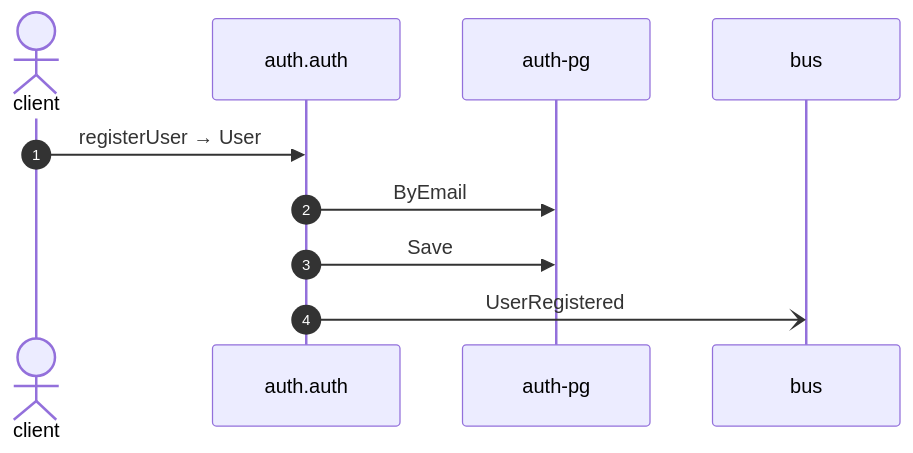
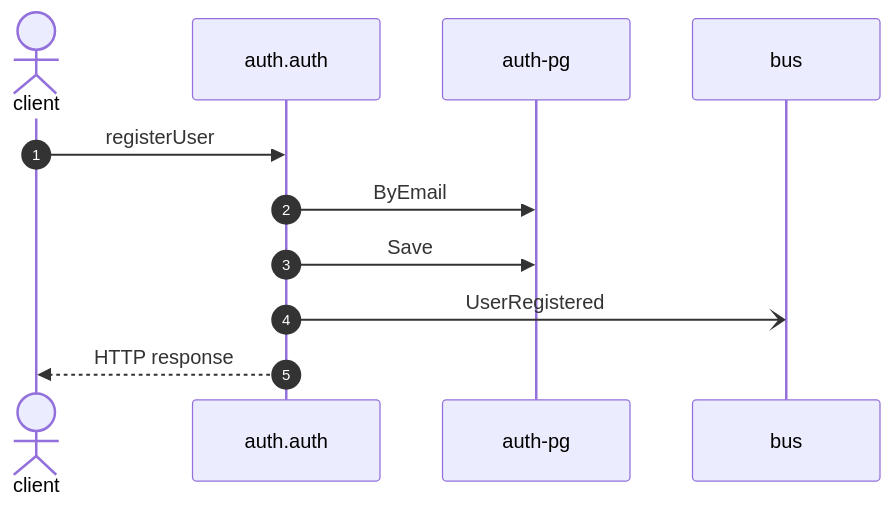
The diagram in docs/example/flows/auth-register-user.md (shortlink-org/portolan), drawn with Mermaid before and after one commit. The commit also changed other lines of this file and 191 other files, not shown here.

````diff
--- a/docs/example/flows/auth-register-user.md
+++ b/docs/example/flows/auth-register-user.md
@@ -22,12 +24,13 @@
 ```mermaid
 sequenceDiagram
     autonumber
     actor p0 as client
     participant p1 as auth.auth
     participant p2 as auth-pg
     participant p3 as bus
-    p0->>p1: registerUser → User
+    p0->>p1: registerUser
     p1->>p2: ByEmail
     p1->>p2: Save
     p1-)p3: UserRegistered
+    p1-->>p0: HTTP response
 ```
````
